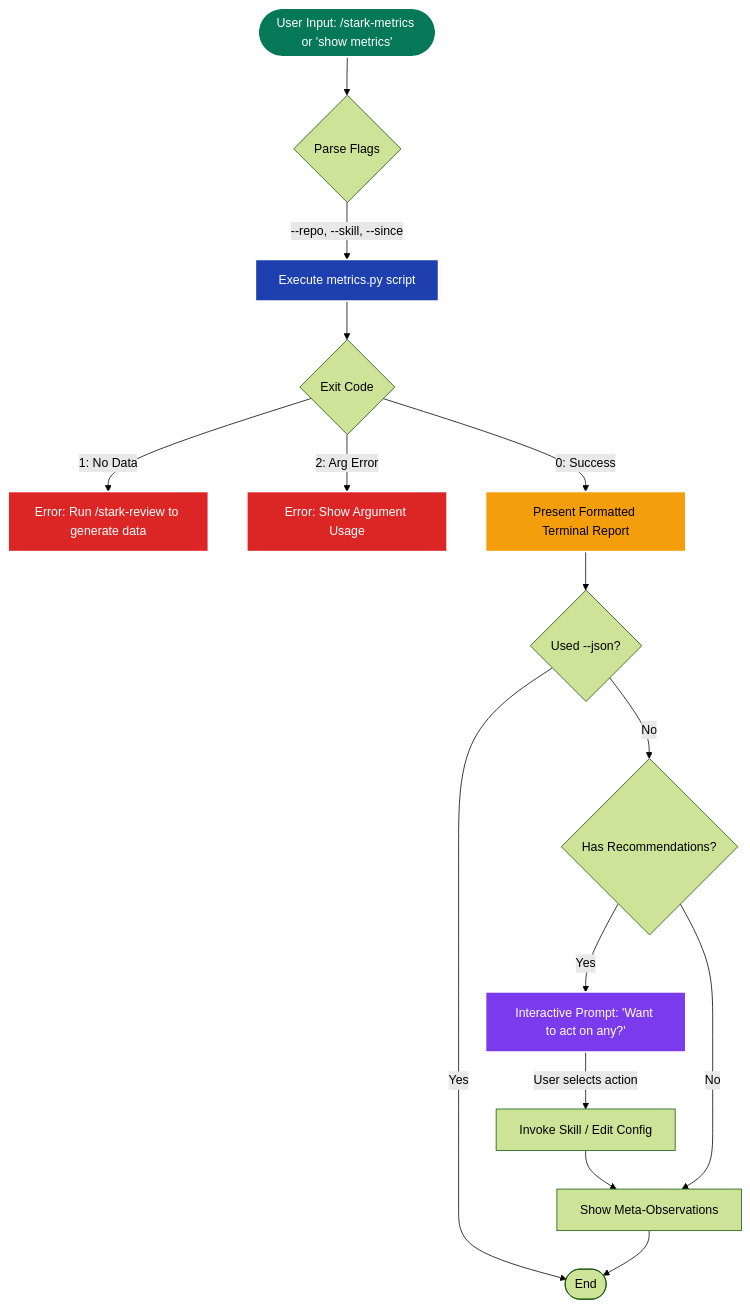
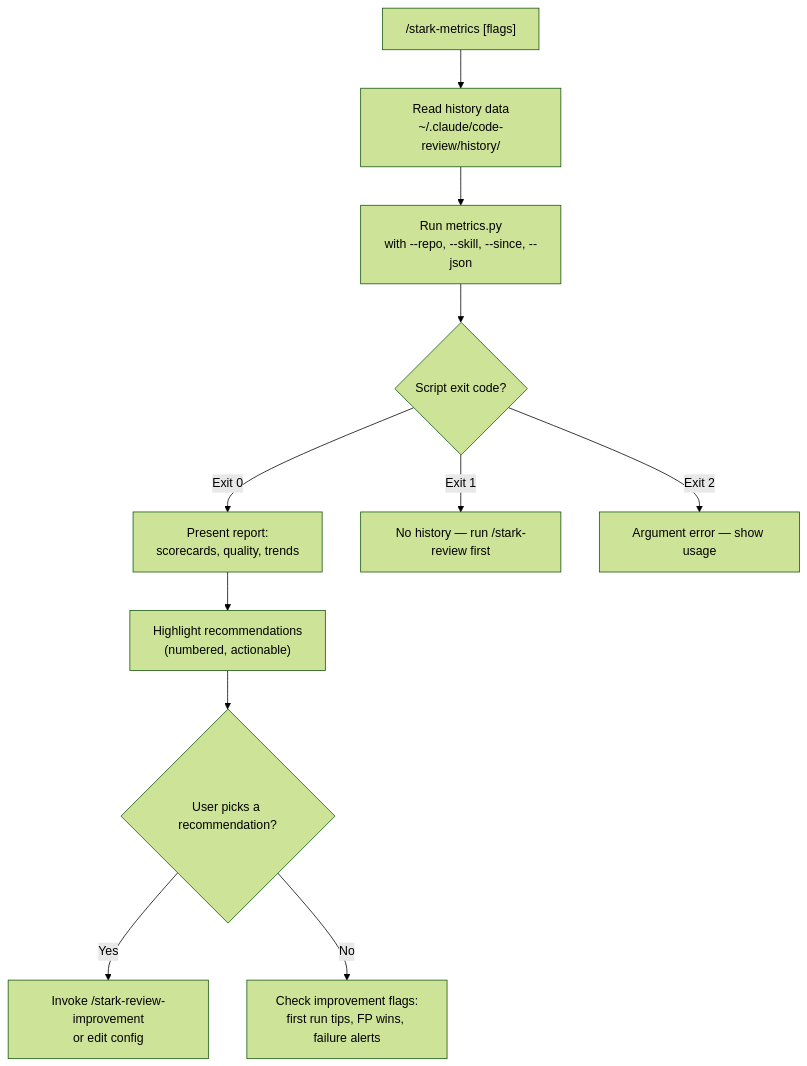
Before and after one commit to 21StarkCom/stark-skills: the diagram in docs/skills/stark-metrics/usage.md, drawn with Mermaid (forest theme). The commit also changed other lines of this file and 185 other files, not shown here.

First line of the commit message:
fix: tournament evaluation + prompt quality + full regeneration (#84)

````diff
--- a/docs/skills/stark-metrics/usage.md
+++ b/docs/skills/stark-metrics/usage.md
@@ -7,29 +7,13 @@
 ```mermaid
 graph TD
-    A([User Input: /stark-metrics or 'show metrics']) --> B{Parse Flags}
-    B -->|--repo, --skill, --since| C[Execute metrics.py script]
-    
-    C --> D{Exit Code}
-    D -->|1: No Data| E[Error: Run /stark-review to generate data]
-    D -->|2: Arg Error| F[Error: Show Argument Usage]
-    
-    D -->|0: Success| G[Present Formatted Terminal Report]
-    
-    G --> H{Used --json?}
-    H -->|Yes| Z([End])
-    
-    H -->|No| I{Has Recommendations?}
-    I -->|Yes| J[Interactive Prompt: 'Want to act on any?']
-    J -->|User selects action| K[Invoke Skill / Edit Config]
-    K --> L[Show Meta-Observations]
-    
-    I -->|No| L
-    L --> Z([End])
-    
-    style A fill:#047857,stroke:#fff,stroke-width:2px,color:#fff
-    style C fill:#1e40af,stroke:#fff,stroke-width:2px,color:#fff
-    style G fill:#f59e0b,stroke:#fff,stroke-width:2px,color:#000
-    style J fill:#7c3aed,stroke:#fff,stroke-width:2px,color:#fff
-    style E fill:#dc2626,stroke:#fff,stroke-width:2px,color:#fff
-    style F fill:#dc2626,stroke:#fff,stroke-width:2px,color:#fff
+    A["/stark-metrics [flags]"] --> B["Read history data<br>~/.claude/code-review/history/"]
+    B --> C["Run metrics.py<br>with --repo, --skill, --since, --json"]
+    C --> D{Script exit code?}
+    D -->|Exit 0| E["Present report:<br>scorecards, quality, trends"]
+    D -->|Exit 1| F["No history — run /stark-review first"]
+    D -->|Exit 2| G["Argument error — show usage"]
+    E --> H["Highlight recommendations<br>(numbered, actionable)"]
+    H --> I{User picks a recommendation?}
+    I -->|Yes| J["Invoke /stark-review-improvement<br>or edit config"]
+    I -->|No| K["Check improvement flags:<br>first run tips, FP wins, failure alerts"]
 ```
````
